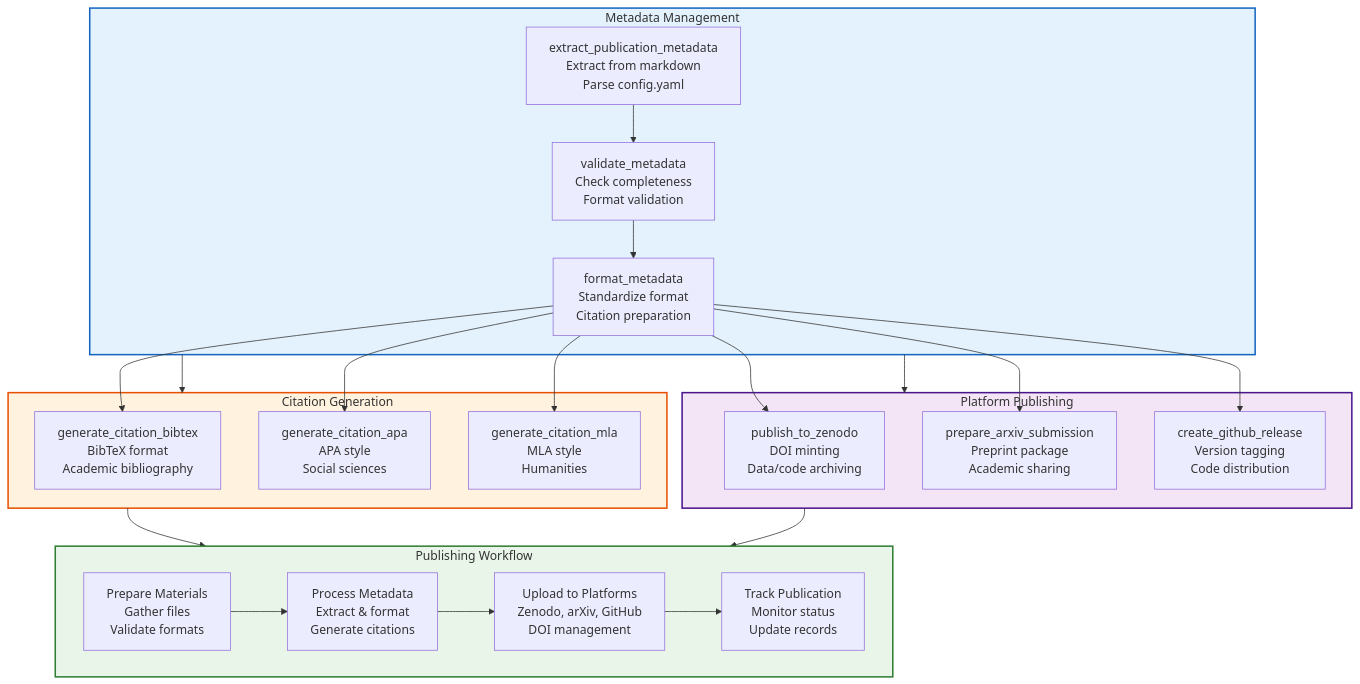
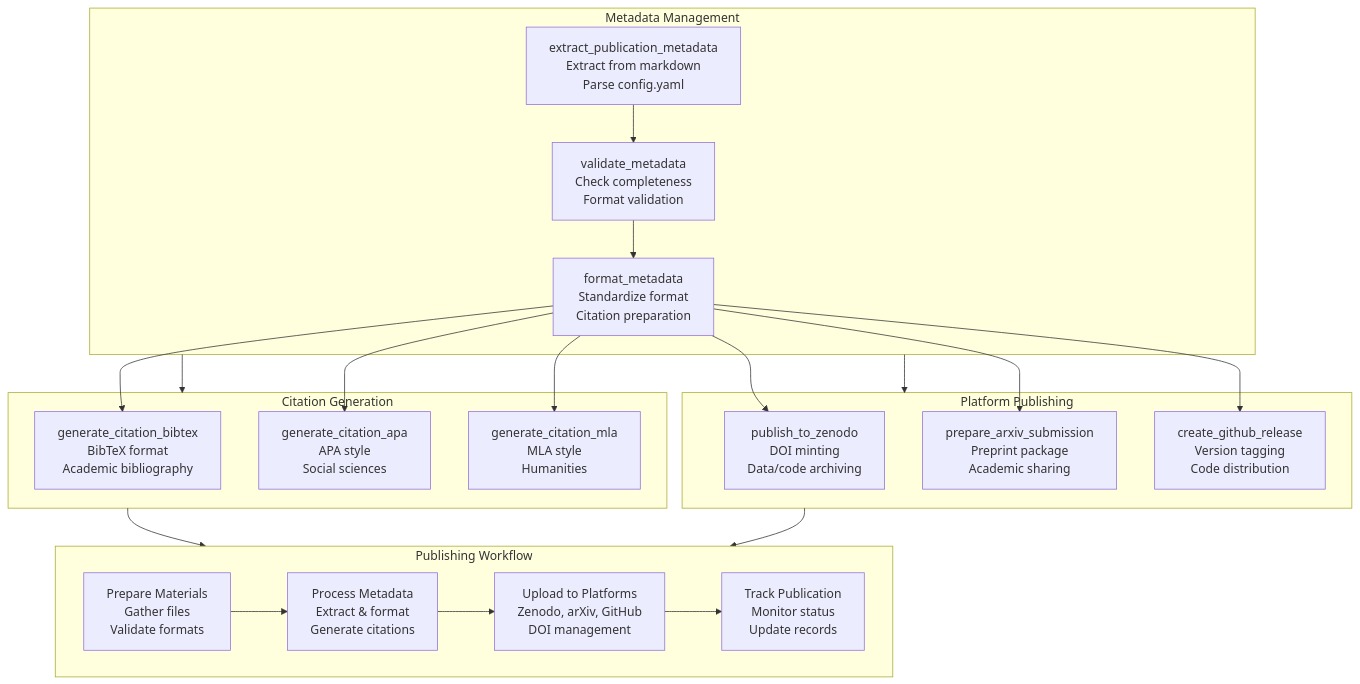
One commit to docxology/template changed the diagram in infrastructure/publishing/README.md. Above: the diagram before and after it, drawn with Mermaid. The commit also changed other lines of this file and 243 other files, not shown here.

````diff
--- a/infrastructure/publishing/README.md
+++ b/infrastructure/publishing/README.md
@@ -32,54 +32,49 @@
 ```mermaid
 graph TD
     subgraph Metadata["Metadata Management"]
         EXTRACT[extract_publication_metadata<br/>Extract from markdown<br/>Parse config.yaml]
         VALIDATE[validate_metadata<br/>Check completeness<br/>Format validation]
         FORMAT[format_metadata<br/>Standardize format<br/>Citation preparation]
     end
 
     subgraph Citations["Citation Generation"]
         BIBTEX[generate_citation_bibtex<br/>BibTeX format<br/>Academic bibliography]
         APA[generate_citation_apa<br/>APA style<br/>Social sciences]
         MLA[generate_citation_mla<br/>MLA style<br/>Humanities]
     end
 
     subgraph Platforms["Platform Publishing"]
         ZENODO[publish_to_zenodo<br/>DOI minting<br/>Data/code archiving]
         ARXIV[prepare_arxiv_submission<br/>Preprint package<br/>Academic sharing]
         GITHUB[create_github_release<br/>Version tagging<br/>Code distribution]
     end
 
     subgraph Workflow["Publishing Workflow"]
         PREPARE[Prepare Materials<br/>Gather files<br/>Validate formats]
         METADATA_PROC[Process Metadata<br/>Extract & format<br/>Generate citations]
         UPLOAD[Upload to Platforms<br/>Zenodo, arXiv, GitHub<br/>DOI management]
         TRACK[Track Publication<br/>Monitor status<br/>Update records]
     end
 
     Metadata --> Citations
     Metadata --> Platforms
 
     Citations --> Workflow
     Platforms --> Workflow
 
     EXTRACT --> VALIDATE --> FORMAT
     FORMAT --> BIBTEX
     FORMAT --> APA
     FORMAT --> MLA
 
     FORMAT --> ZENODO
     FORMAT --> ARXIV
     FORMAT --> GITHUB
 
     PREPARE --> METADATA_PROC --> UPLOAD --> TRACK
 
-    classDef metadata fill:#e3f2fd,stroke:#1565c0,stroke-width:2px
-    classDef citations fill:#fff3e0,stroke:#e65100,stroke-width:2px
-    classDef platforms fill:#f3e5f5,stroke:#4a148c,stroke-width:2px
-    classDef workflow fill:#e8f5e8,stroke:#2e7d32,stroke-width:2px
-
     class Metadata metadata
     class Citations citations
     class Platforms platforms
     class Workflow workflow
 ```
````
